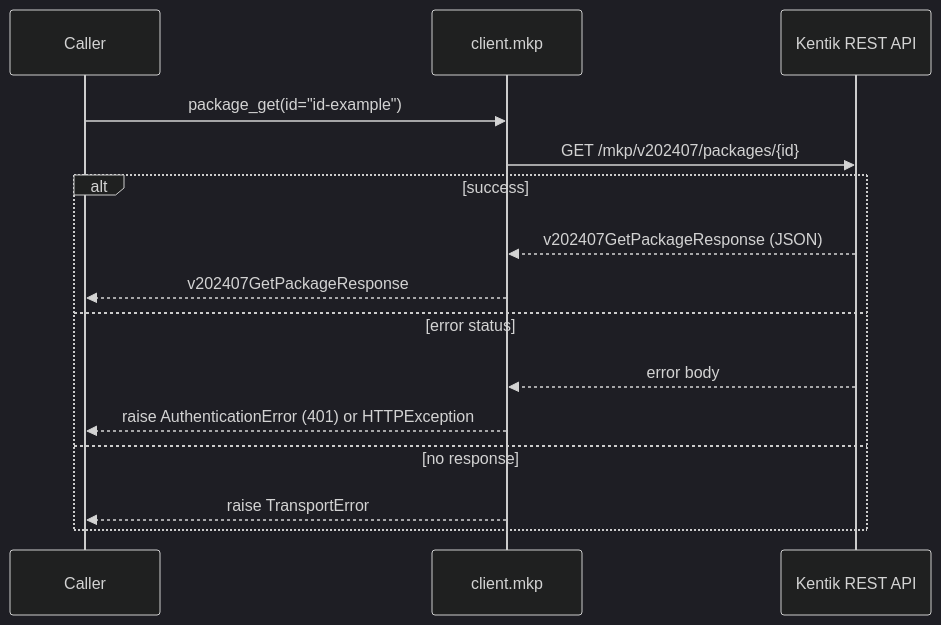
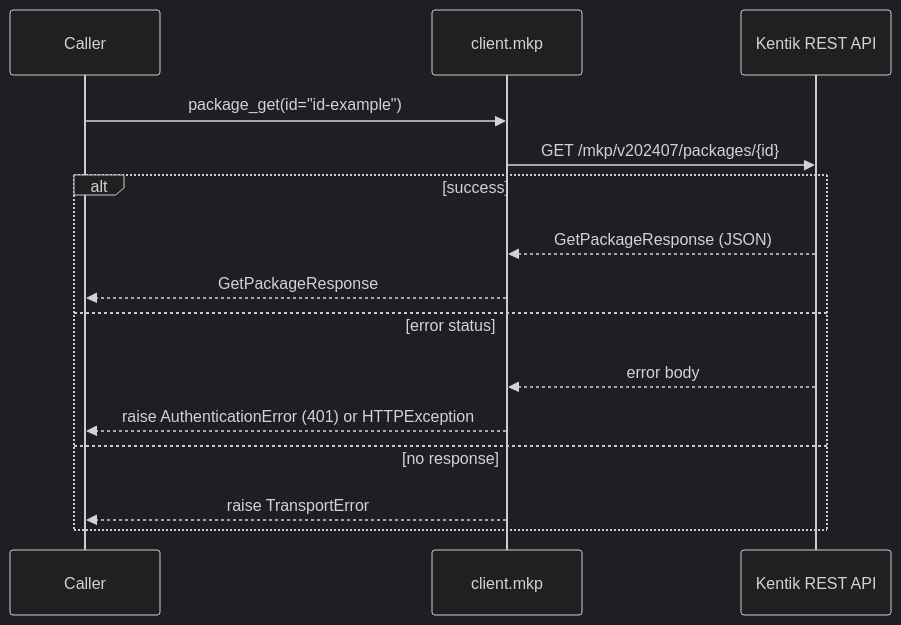
The sixth of 30 diagrams in docs/sphinx/services/mkp.md (alexdearaujo/community_sdk_python), drawn with Mermaid (dark theme) before and after one commit. The commit also changed other lines of this file and 38 other files, not shown here.

````diff
--- a/docs/sphinx/services/mkp.md
+++ b/docs/sphinx/services/mkp.md
@@ -184,18 +184,18 @@
 ```mermaid
 sequenceDiagram
     participant C as Caller
     participant W as client.mkp
     participant API as Kentik REST API
 
     C->>W: package_get(id="id-example")
     W->>API: GET /mkp/v202407/packages/{id}
     alt success
-        API-->>W: v202407GetPackageResponse (JSON)
-        W-->>C: v202407GetPackageResponse
+        API-->>W: GetPackageResponse (JSON)
+        W-->>C: GetPackageResponse
     else error status
         API-->>W: error body
         W-->>C: raise AuthenticationError (401) or HTTPException
     else no response
         W-->>C: raise TransportError
     end
 ```
````
